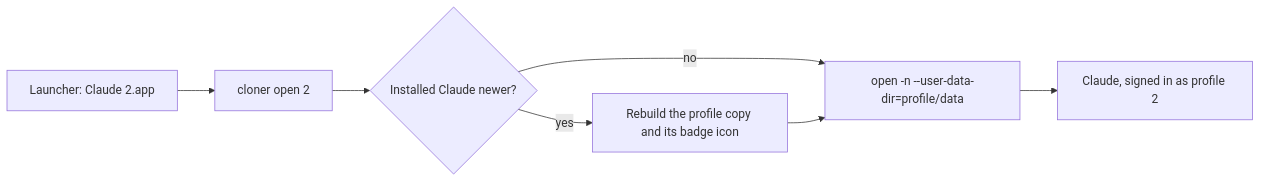
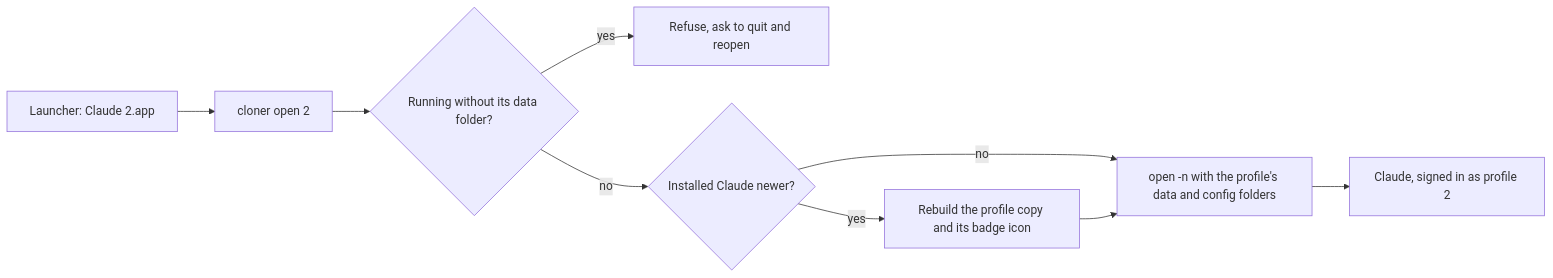
One commit to francoCosimo95/claude-cloner changed the diagram in README.md. Above: the diagram before and after it, drawn with Mermaid. The commit also changed other lines of this file and 7 other files, not shown here.

````diff
--- a/README.md
+++ b/README.md
@@ -152,9 +193,11 @@
 ```mermaid
 flowchart LR
     L["Launcher: Claude 2.app"] --> R["cloner open 2"]
-    R --> C{"Installed Claude newer?"}
+    R --> W{"Running without its data folder?"}
+    W -- yes --> S["Refuse, ask to quit and reopen"]
+    W -- no --> C{"Installed Claude newer?"}
     C -- yes --> B["Rebuild the profile copy and its badge icon"]
     C -- no --> O
-    B --> O["open -n --user-data-dir=profile/data"]
+    B --> O["open -n with the profile's data and config folders"]
     O --> A["Claude, signed in as profile 2"]
 ```
````
